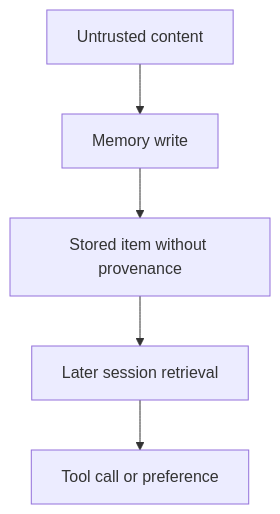
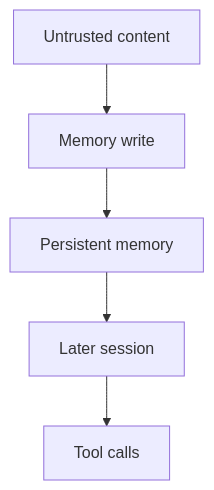
One commit to amoranio/Brief changed the diagram in src/content/posts/memory-without-provenance-is-delayed-authority.md. Above: the diagram before and after it, drawn with Mermaid. The commit also changed other lines of this file, not shown here.

First line of the commit message:
Use canonical Memory without provenance post

````diff
--- a/src/content/posts/memory-without-provenance-is-delayed-authority.md
+++ b/src/content/posts/memory-without-provenance-is-delayed-authority.md
@@ -23,8 +22,8 @@
 ```mermaid
-%% caption: Unattributed memory can be retrieved in a later session and drive a consequential action
+%% caption: Untrusted content can become durable memory that later steers tool calls
 flowchart TD
-  untrusted[Untrusted content] --> write[Memory write]
-  write --> store[Stored item without provenance]
-  store --> later[Later session retrieval]
-  later --> act[Tool call or preference]
+  content[Untrusted content] --> write[Memory write]
+  write --> store[Persistent memory]
+  store --> later[Later session]
+  later --> tools[Tool calls]
 ```
````
